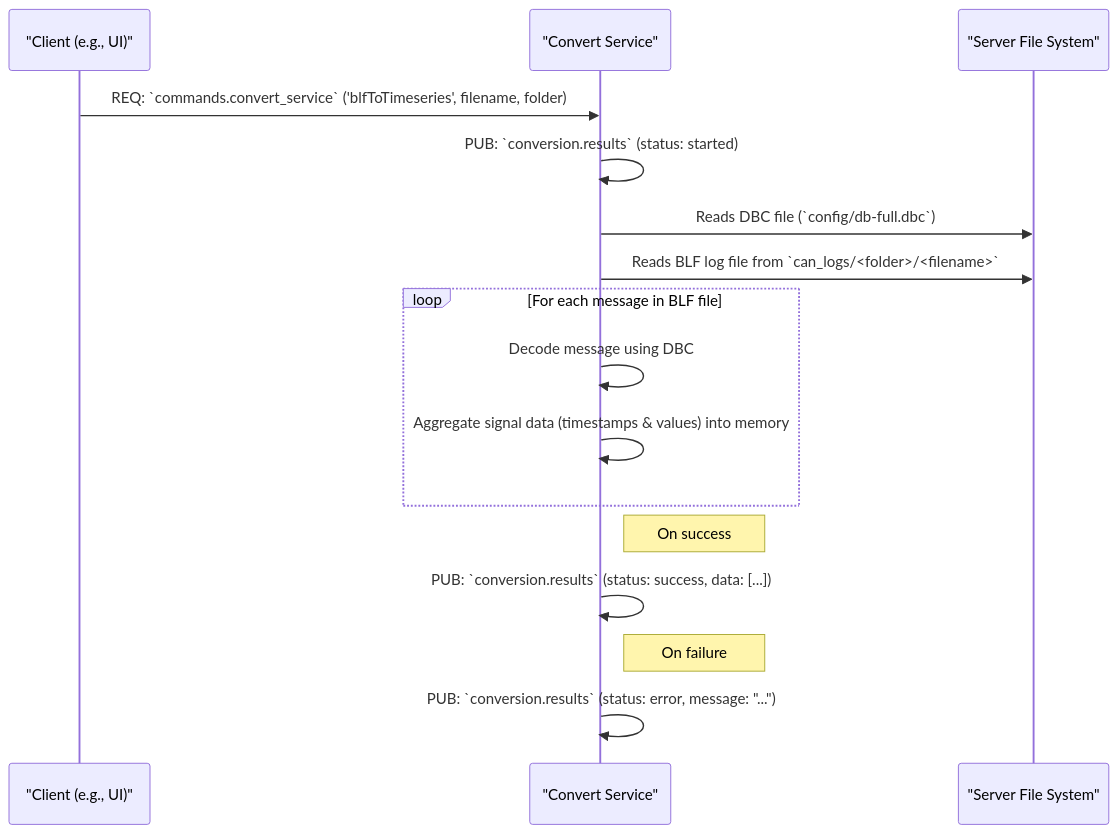
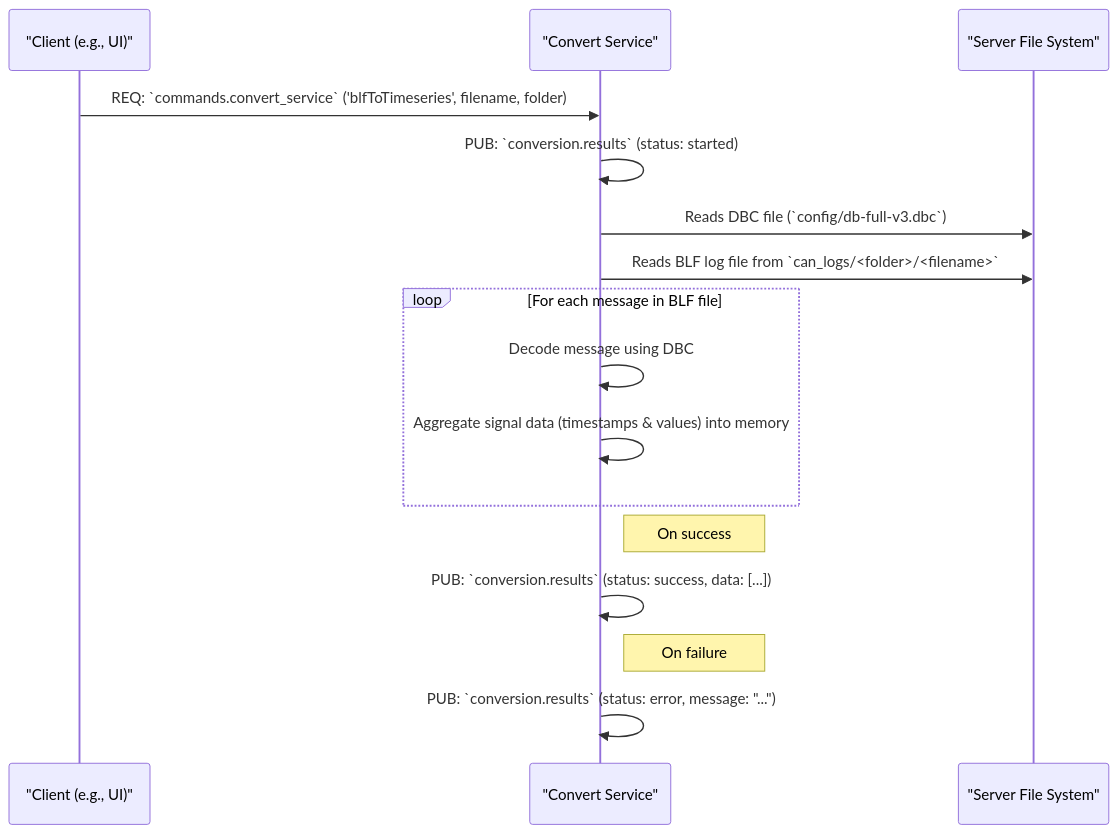
The diagram in docs/services/convert_service.md (GregAscolab/python-microservice-test), drawn with Mermaid before and after one commit. The commit also changed other lines of this file and 9 other files, not shown here.

````diff
--- a/docs/services/convert_service.md
+++ b/docs/services/convert_service.md
@@ -30,23 +30,23 @@
 ```mermaid
 sequenceDiagram
     participant Client as "Client (e.g., UI)"
     participant ConvertService as "Convert Service"
     participant FileSystem as "Server File System"
 
     Client->>ConvertService: REQ: `commands.convert_service` ('blfToTimeseries', filename, folder)
     ConvertService->>ConvertService: PUB: `conversion.results` (status: started)
 
-    ConvertService->>FileSystem: Reads DBC file (`config/db-full.dbc`)
+    ConvertService->>FileSystem: Reads DBC file (`config/db-full-v3.dbc`)
     ConvertService->>FileSystem: Reads BLF log file from `can_logs/<folder>/<filename>`
 
     loop For each message in BLF file
         ConvertService->>ConvertService: Decode message using DBC
         ConvertService->>ConvertService: Aggregate signal data (timestamps & values) into memory
     end
 
     note right of ConvertService: On success
     ConvertService->>ConvertService: PUB: `conversion.results` (status: success, data: [...])
 
     note right of ConvertService: On failure
     ConvertService->>ConvertService: PUB: `conversion.results` (status: error, message: "...")
 ```
````
